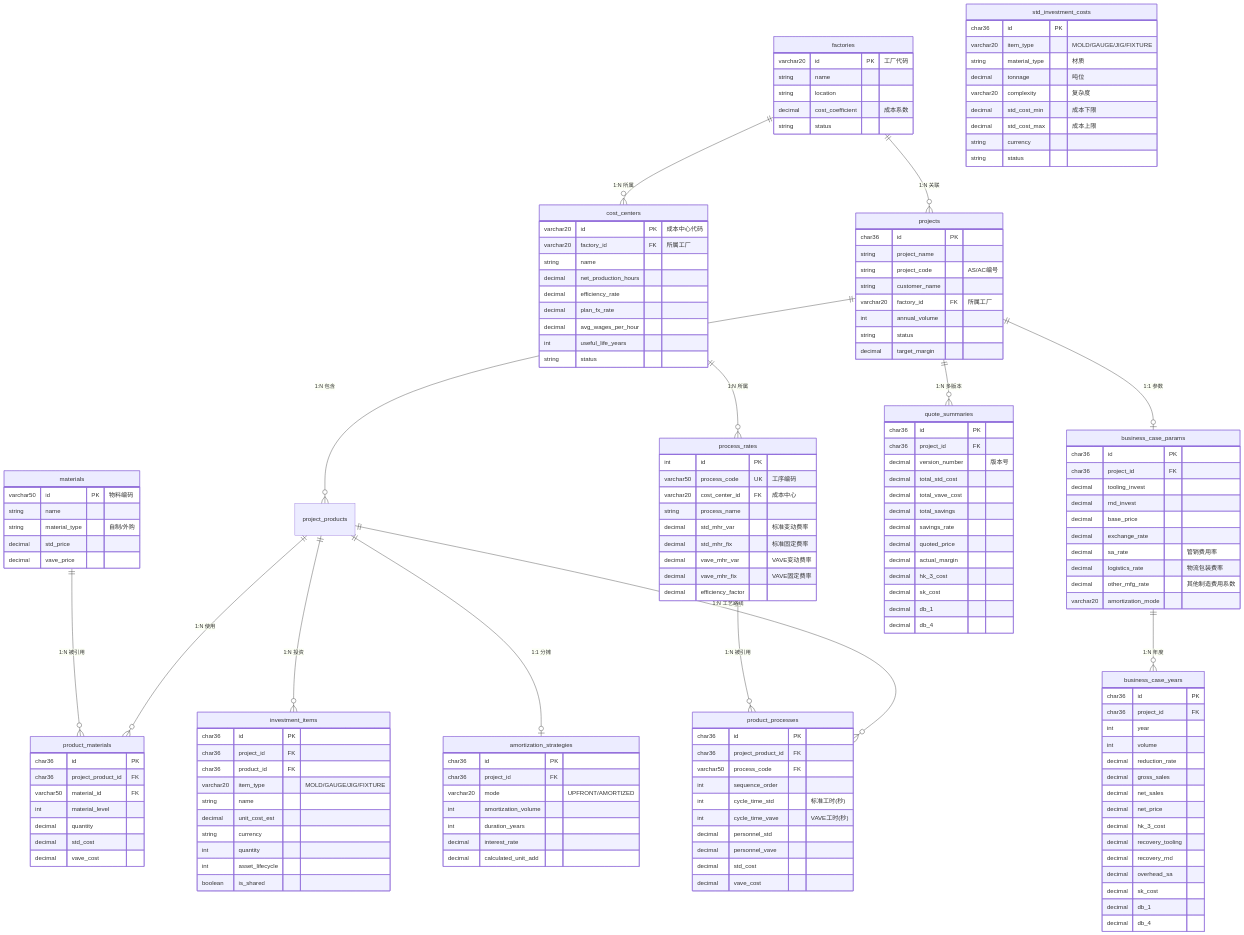
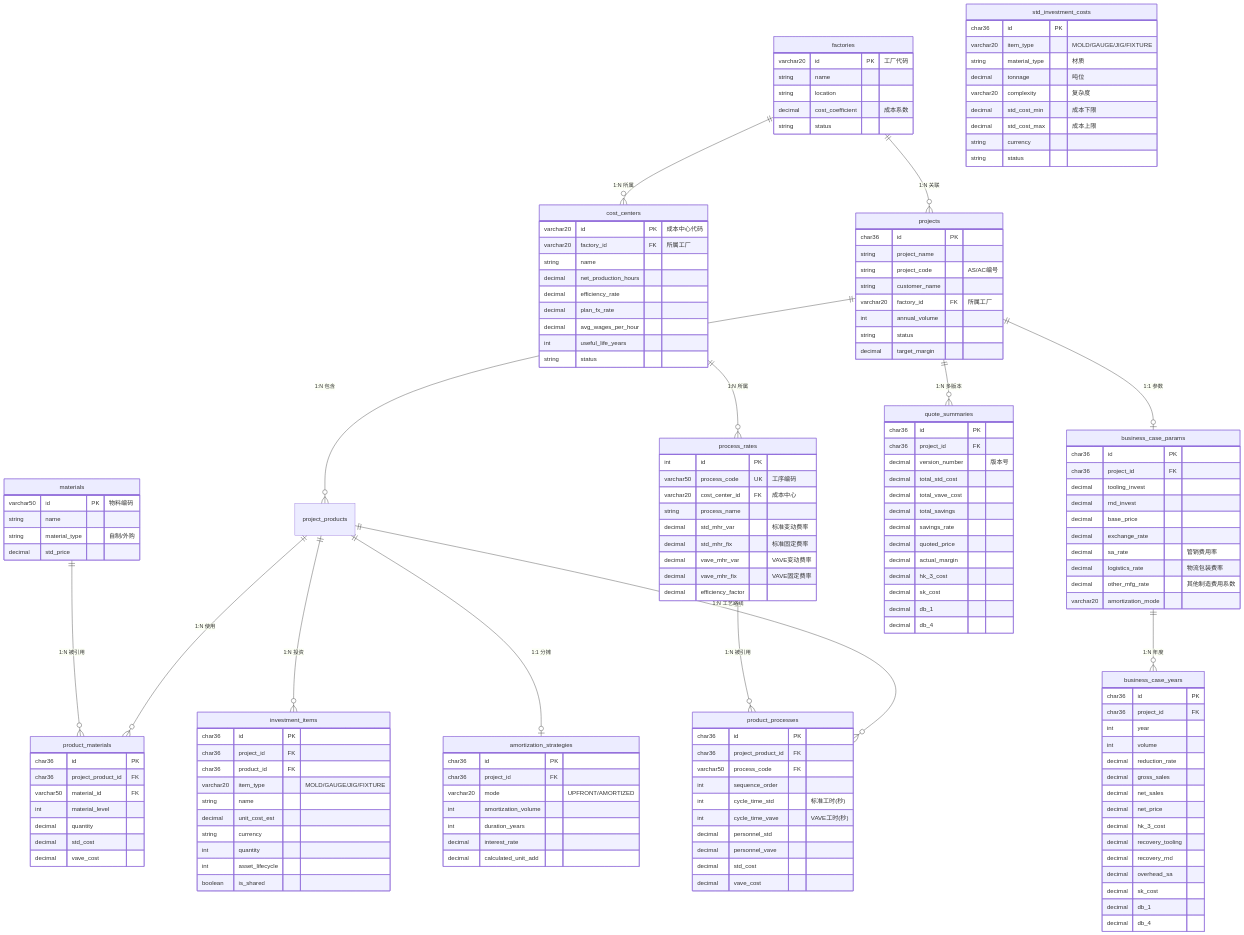
Before and after one commit to randyluo85/Quoting-Copilot: the diagram in docs/DATABASE_DESIGN.md, drawn with Mermaid.

Commit message:
auto: claude changes

```diff
--- a/docs/DATABASE_DESIGN.md
+++ b/docs/DATABASE_DESIGN.md
@@ -103,7 +103,6 @@
         string name
         string material_type "自制/外购"
         decimal std_price
-        decimal vave_price
     }
 
     product_materials {
```
